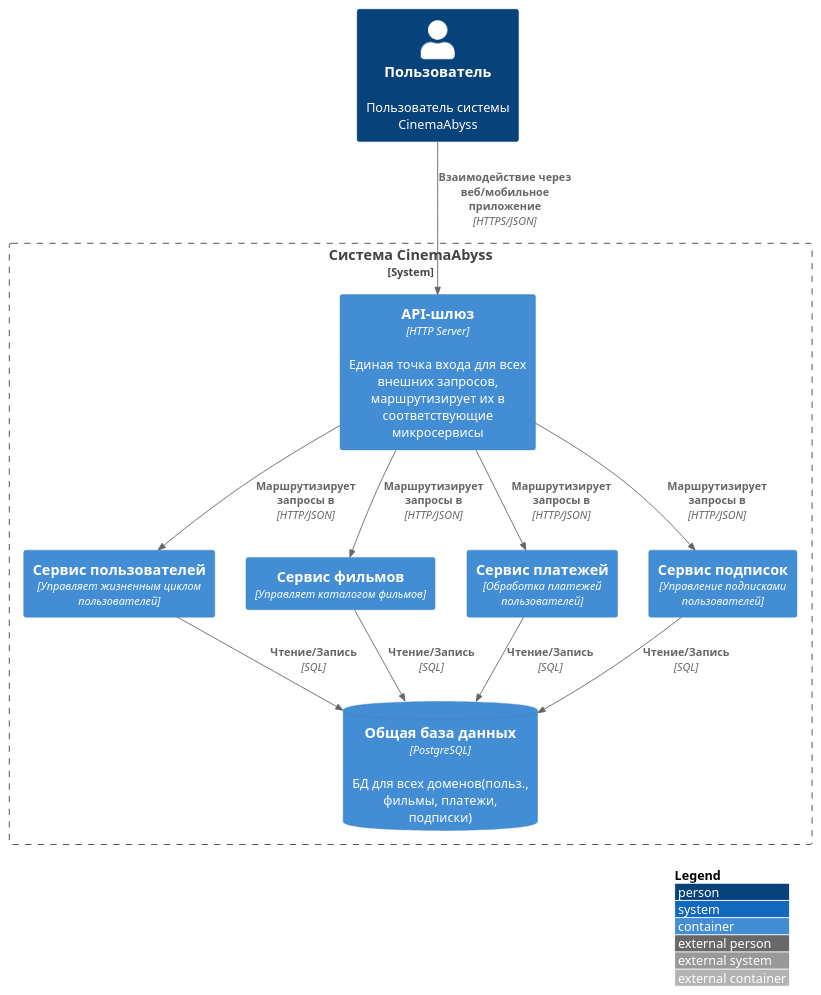
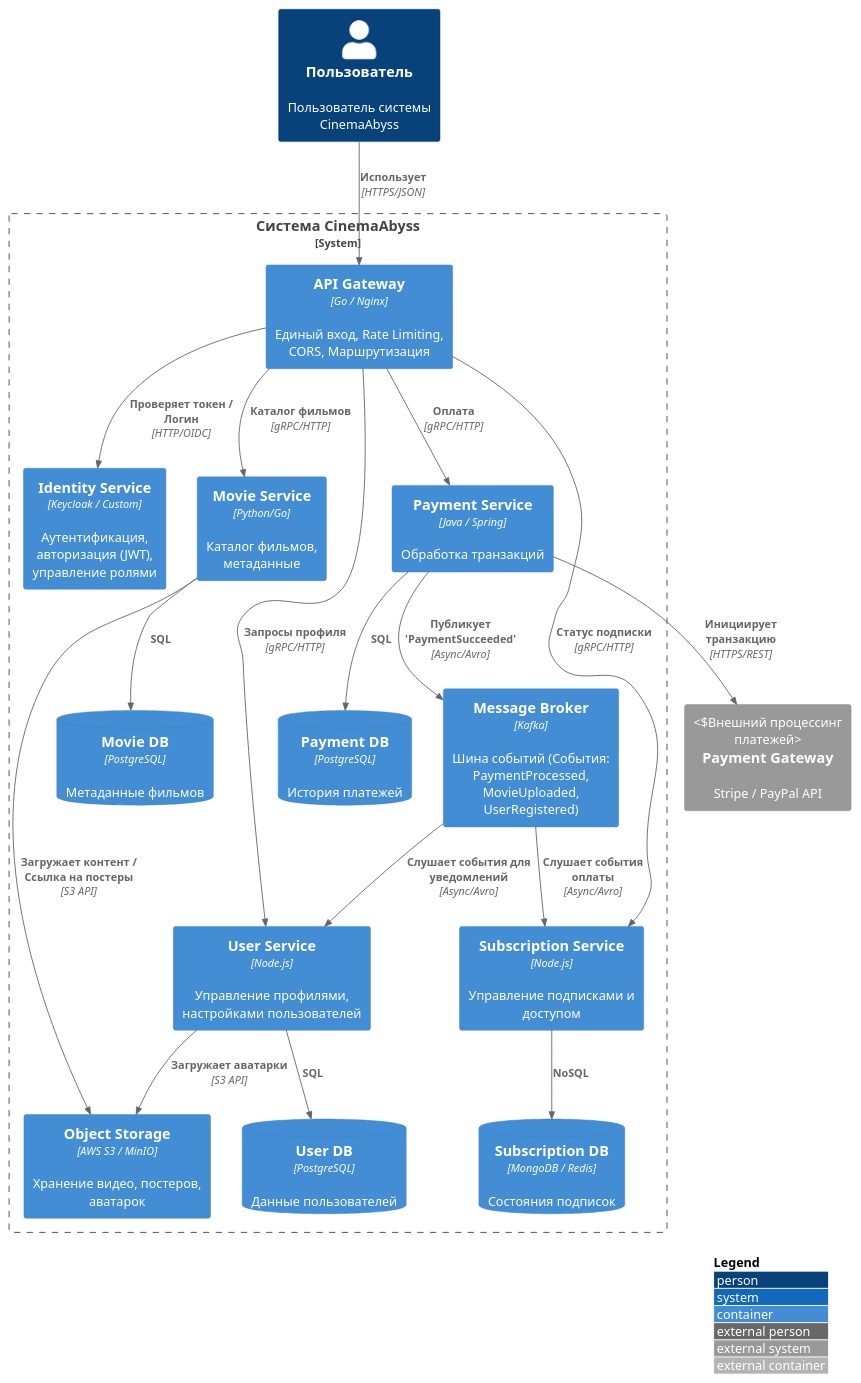
Before and after one commit to AliaBis/architecture-cinemaabyss: the diagram in diagrams/c4.puml, drawn with PlantUML.

Commit message:
добавление схематичных связей в С4

```diff
--- a/diagrams/c4.puml
+++ b/diagrams/c4.puml
@@ -1,33 +1,60 @@
-@startuml с4
+@startuml с4_advanced
 !include https://raw.githubusercontent.com/plantuml-stdlib/C4-PlantUML/master/C4_Container.puml
+
+LAYOUT_WITH_LEGEND()
 
 Person(user, "Пользователь", "Пользователь системы CinemaAbyss")
 
 System_Boundary(cinema_abyss, "Система CinemaAbyss") {
-    Container(api_gateway, "API-шлюз", "HTTP Server", "Единая точка входа для всех внешних запросов, маршрутизирует их в соответствующие микросервисы")
+    
+    Container(api_gateway, "API Gateway", "Go / Nginx", "Единый вход, Rate Limiting, CORS, Маршрутизация")
+    
+    Container(auth_service, "Identity Service", "Keycloak / Custom", "Аутентификация, авторизация (JWT), управление ролями")
 
-    Container(user_service, "Сервис пользователей", "Управляет жизненным циклом пользователей")
+    Container(user_service, "User Service", "Node.js", "Управление профилями, настройками пользователей")
+    ContainerDb(user_db, "User DB", "PostgreSQL", "Данные пользователей")
 
-    Container(movie_service, "Сервис фильмов", "Управляет каталогом фильмов")
+    Container(movie_service, "Movie Service", "Python/Go", "Каталог фильмов, метаданные")
+    ContainerDb(movie_db, "Movie DB", "PostgreSQL", "Метаданные фильмов")
 
-    Container(payment_service, "Сервис платежей", "Обработка платежей пользователей")
+    Container(payment_service, "Payment Service", "Java / Spring", "Обработка транзакций")
+    ContainerDb(payment_db, "Payment DB", "PostgreSQL", "История платежей")
 
-    Container(subscription_service, "Сервис подписок", "Управление подписками пользователей")
+    Container(subscription_service, "Subscription Service", "Node.js", "Управление подписками и доступом")
+    ContainerDb(sub_db, "Subscription DB", "MongoDB / Redis", "Состояния подписок")
 
-    ContainerDb(shared_db, "Общая база данных", "PostgreSQL", "БД для всех доменов(польз., фильмы, платежи, подписки)")
+    Container(message_broker, "Message Broker", "Kafka", "Шина событий (События: PaymentProcessed, MovieUploaded, UserRegistered)")
+
+    Container(s3, "Object Storage", "AWS S3 / MinIO", "Хранение видео, постеров, аватарок")
 }
 
-Rel(user, api_gateway, "Взаимодействие через веб/мобильное приложение", "HTTPS/JSON")
+System_Ext(payment_gateway, "Payment Gateway", "Stripe / PayPal API", "Внешний процессинг платежей")
 
-Rel(api_gateway, user_service, "Маршрутизирует запросы в", "HTTP/JSON")
-Rel(api_gateway, movie_service, "Маршрутизирует запросы в", "HTTP/JSON")
-Rel(api_gateway, payment_service, "Маршрутизирует запросы в", "HTTP/JSON")
-Rel(api_gateway, subscription_service, "Маршрутизирует запросы в", "HTTP/JSON")
+' Связи
+Rel(user, api_gateway, "Использует", "HTTPS/JSON")
 
-Rel(user_service, shared_db, "Чтение/Запись", "SQL")
-Rel(movie_service, shared_db, "Чтение/Запись", "SQL")
-Rel(payment_service, shared_db, "Чтение/Запись", "SQL")
-Rel(subscription_service, shared_db, "Чтение/Запись", "SQL")
+Rel(api_gateway, auth_service, "Проверяет токен / Логин", "HTTP/OIDC")
+Rel(api_gateway, user_service, "Запросы профиля", "gRPC/HTTP")
+Rel(api_gateway, movie_service, "Каталог фильмов", "gRPC/HTTP")
+Rel(api_gateway, payment_service, "Оплата", "gRPC/HTTP")
+Rel(api_gateway, subscription_service, "Статус подписки", "gRPC/HTTP")
 
-LAYOUT_WITH_LEGEND()
+' Работа с БД
+Rel(user_service, user_db, "SQL")
+Rel(movie_service, movie_db, "SQL")
+Rel(payment_service, payment_db, "SQL")
+Rel(subscription_service, sub_db, "NoSQL")
+
+' Работа с S3
+Rel(movie_service, s3, "Загружает контент / Ссылка на постеры", "S3 API")
+Rel(user_service, s3, "Загружает аватарки", "S3 API")
+
+' Асинхронное взаимодействие (Kafka)
+Rel(payment_service, message_broker, "Публикует 'PaymentSucceeded'", "Async/Avro")
+Rel(message_broker, subscription_service, "Слушает события оплаты", "Async/Avro")
+Rel(message_broker, user_service, "Слушает события для уведомлений", "Async/Avro")
+
+' Внешние системы
+Rel(payment_service, payment_gateway, "Инициирует транзакцию", "HTTPS/REST")
+
 @enduml
```
